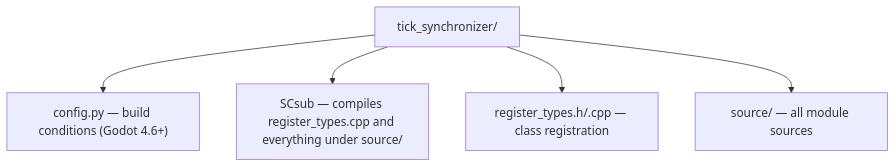
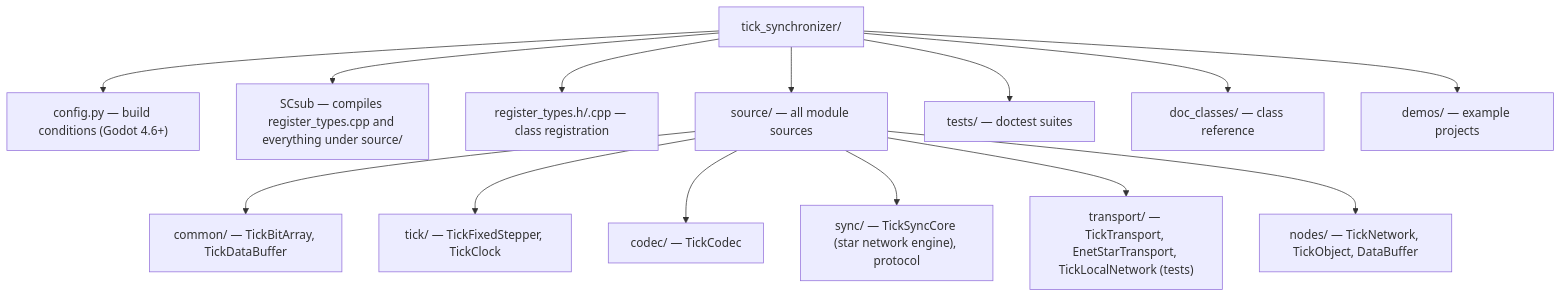
Before and after one commit to Malkverbena/TickSynchronizer: the second of 2 diagrams in README.md, drawn with Mermaid. The commit also changed other lines of this file and 27 other files, not shown here.

````diff
--- a/README.md
+++ b/README.md
@@ -103,7 +138,16 @@
 ```mermaid
 flowchart TB
     m["tick_synchronizer/"] --> cfg["config.py — build conditions (Godot 4.6+)"]
     m --> scsub["SCsub — compiles register_types.cpp and everything under source/"]
     m --> reg["register_types.h/.cpp — class registration"]
     m --> src["source/ — all module sources"]
+    src --> common["common/ — TickBitArray, TickDataBuffer"]
+    src --> tick["tick/ — TickFixedStepper, TickClock"]
+    src --> codec["codec/ — TickCodec"]
+    src --> sync["sync/ — TickSyncCore (star network engine), protocol"]
+    src --> transport["transport/ — TickTransport, EnetStarTransport, TickLocalNetwork (tests)"]
+    src --> nodes["nodes/ — TickNetwork, TickObject, DataBuffer"]
+    m --> tests["tests/ — doctest suites"]
+    m --> docs["doc_classes/ — class reference"]
+    m --> demos["demos/ — example projects"]
 ```
````
